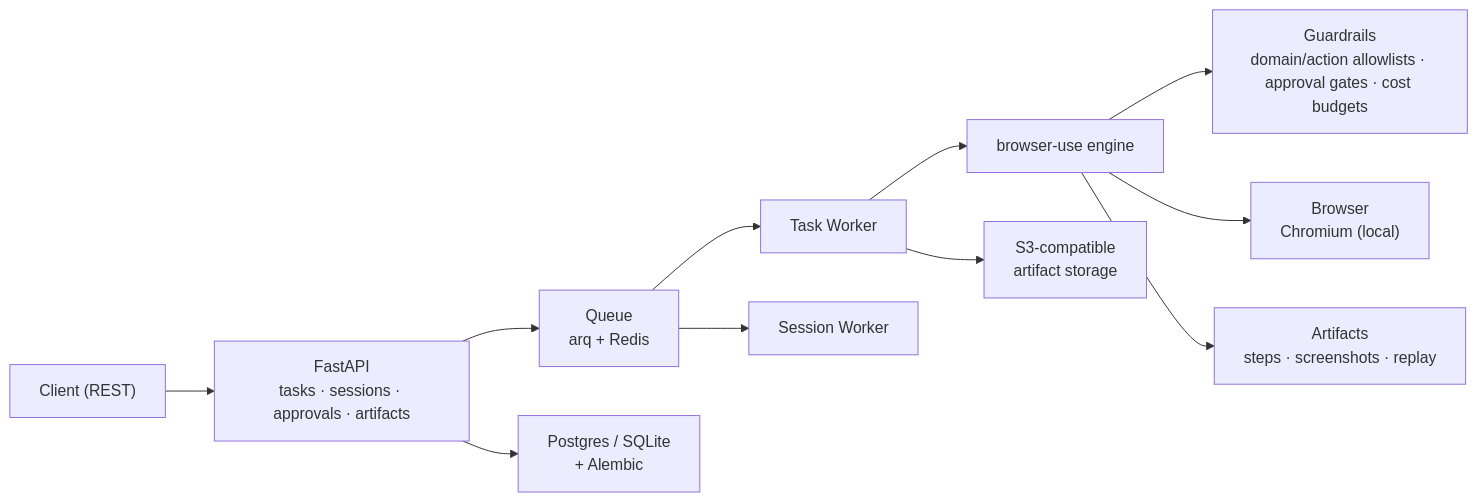
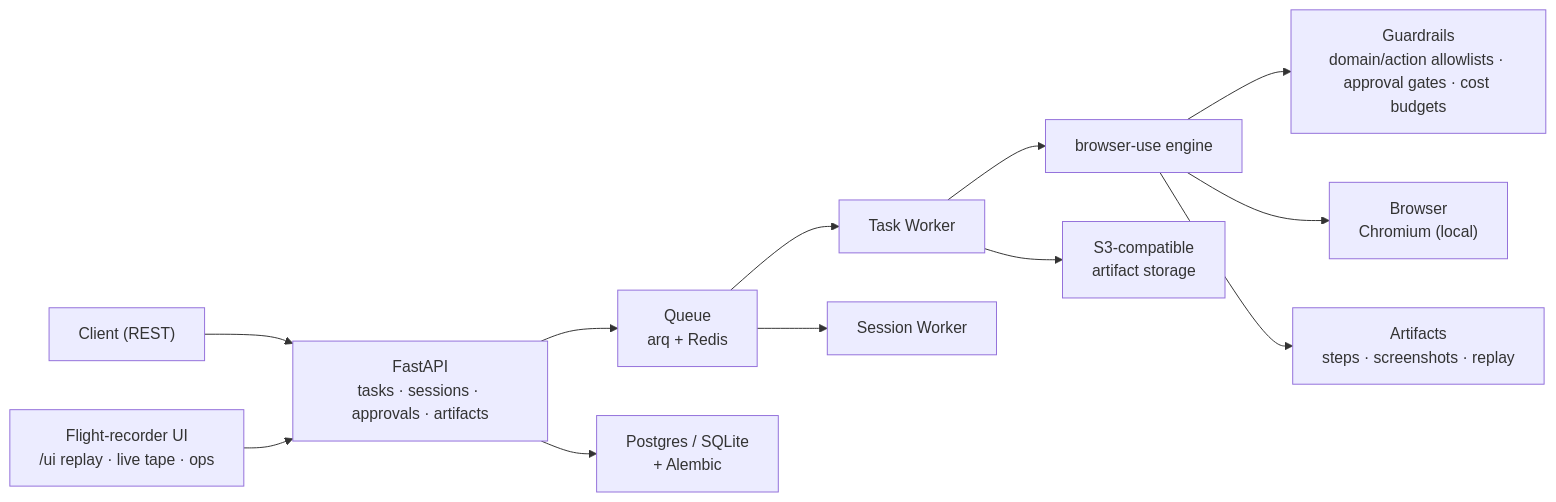
One commit to tanishra/Cortex-OS changed the diagram in README.md. Above: the diagram before and after it, drawn with Mermaid. The commit also changed other lines of this file, not shown here.

````diff
--- a/README.md
+++ b/README.md
@@ -21,13 +28,14 @@
 ```mermaid
 flowchart LR
     Client["Client (REST)"] --> API["FastAPI<br/>tasks · sessions · approvals · artifacts"]
+    UI["Flight-recorder UI<br/>/ui replay · live tape · ops"] --> API
     API --> Q["Queue<br/>arq + Redis"]
     Q --> W["Task Worker"]
     Q --> SW["Session Worker"]
     W --> E["browser-use engine"]
     E --> G["Guardrails<br/>domain/action allowlists · approval gates · cost budgets"]
     E --> B["Browser<br/>Chromium (local)"]
     E --> A["Artifacts<br/>steps · screenshots · replay"]
     API --> DB["Postgres / SQLite<br/>+ Alembic"]
     W --> S3["S3-compatible<br/>artifact storage"]
 ```
````
